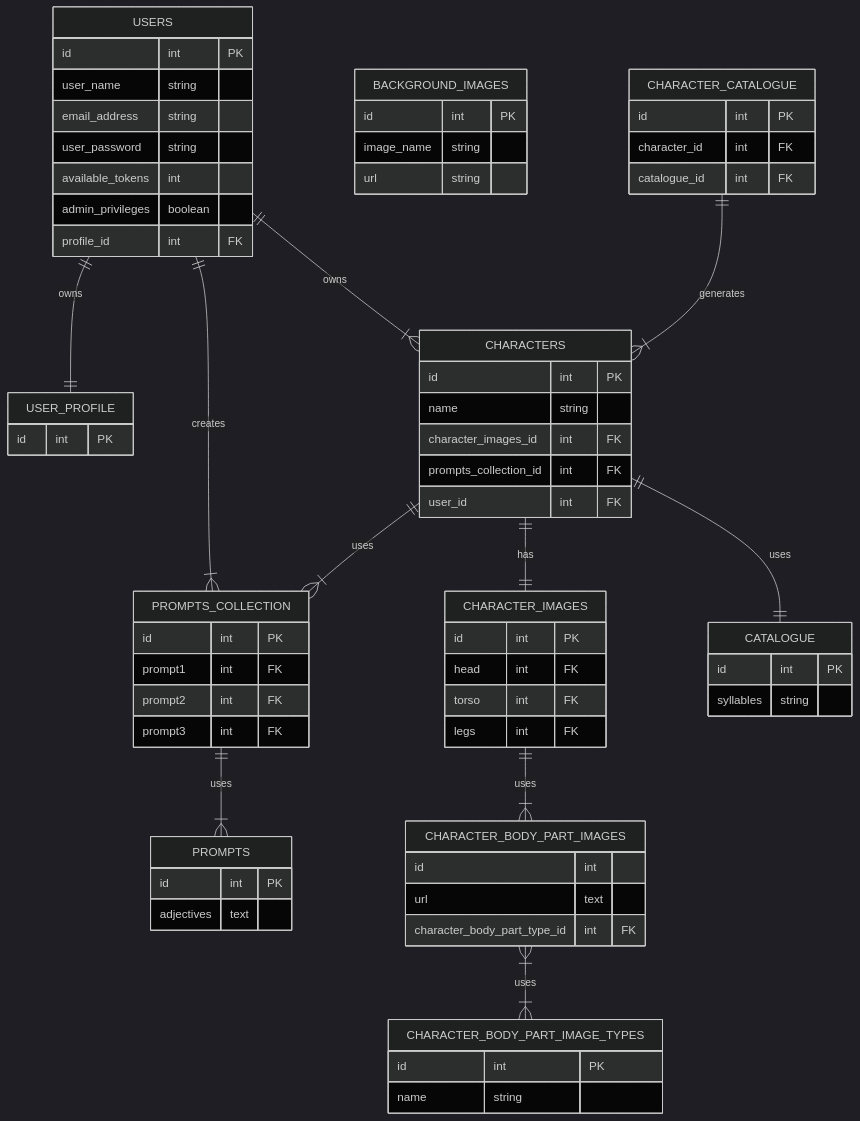
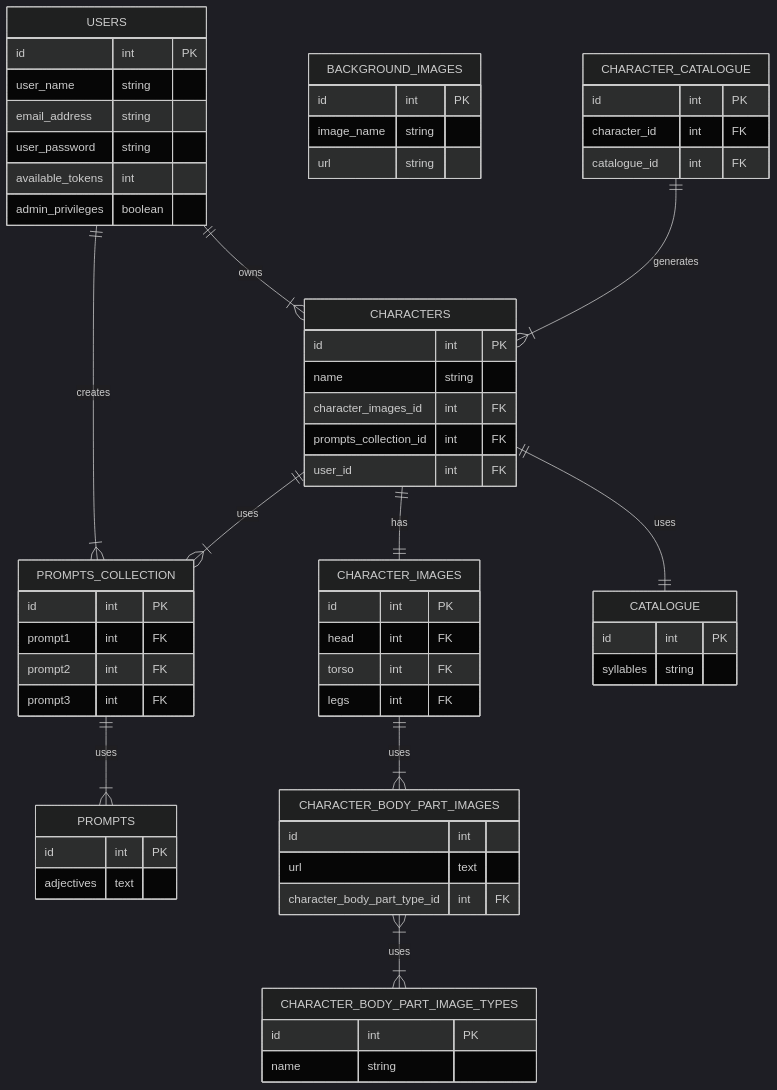
One commit to Wren00/create-an-orc changed the second of 6 diagrams in README.md. Above: the diagram before and after it, drawn with Mermaid (dark theme). The commit also changed other lines of this file, not shown here.

````diff
--- a/README.md
+++ b/README.md
@@ -70,73 +70,68 @@
 ```mermaid
 erDiagram
 direction TB
 USERS {
 	id int PK
 	user_name string
 	email_address string
 	user_password string
 	available_tokens int
 	admin_privileges boolean 
-	profile_id int FK
-}
-USER_PROFILE {
-	id int PK
 }
 PROMPTS {
  	id int PK
 	adjectives text
 }
 PROMPTS_COLLECTION {
 	id int PK
 	prompt1 int FK
 	prompt2 int FK
 	prompt3 int FK
 }
 CHARACTERS {
  	id int PK
 	name string
 	character_images_id int FK
 	prompts_collection_id int FK
 	user_id int FK
 }
 CHARACTER_IMAGES {
 	id int PK
 	head int FK
 	torso int FK
 	legs int FK
 }
 CHARACTER_BODY_PART_IMAGES {
 	id int
 	url text 
 	character_body_part_type_id int FK
 }
 CHARACTER_BODY_PART_IMAGE_TYPES {
 	id int PK
 	name string
 }
 BACKGROUND_IMAGES {
  	id int PK
 	image_name string
 	url string
 }
 CHARACTER_CATALOGUE {
 	id int PK
 	character_id int FK
 	catalogue_id int FK
 }
 CATALOGUE {
     id int PK
     syllables string
 }
 	USERS ||--|{ PROMPTS_COLLECTION : creates
 	USERS ||--|{ CHARACTERS : owns
-	USERS ||--|| USER_PROFILE : owns
 	CHARACTERS ||--|{ PROMPTS_COLLECTION : uses
 	CHARACTERS ||--|| CHARACTER_IMAGES : has
 	CHARACTERS ||--|| CATALOGUE : uses
 	CHARACTER_IMAGES ||--|{ CHARACTER_BODY_PART_IMAGES : uses
 	CHARACTER_BODY_PART_IMAGES }|--|{ CHARACTER_BODY_PART_IMAGE_TYPES : uses
 	CHARACTER_CATALOGUE ||--|{ CHARACTERS : generates
 	PROMPTS_COLLECTION ||--|{ PROMPTS : uses
 	
 ```
````
